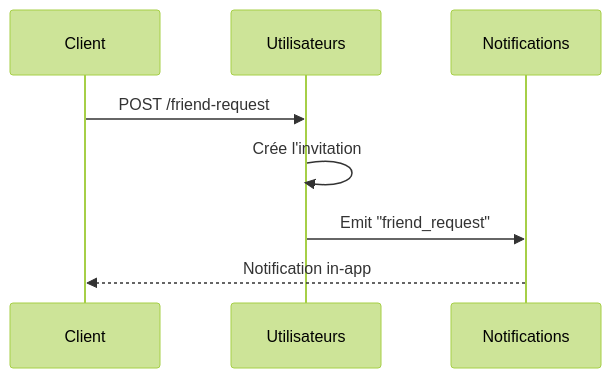
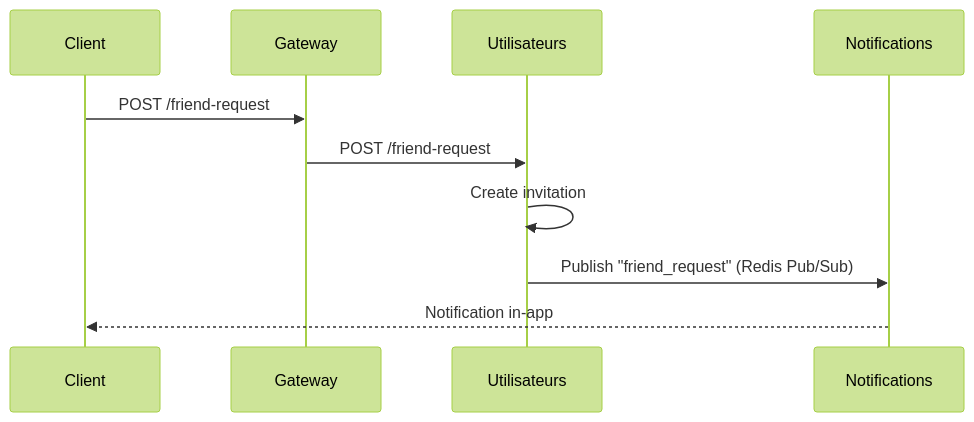
One commit to Razano26/Beep-TAD.AM changed the second of 4 diagrams in vue_logique/02-flux.adoc. Above: the diagram before and after it, drawn with Mermaid (forest theme). The commit also changed other lines of this file and 4 other files, not shown here.

Commit message:
feat: Enhance Beep application documentation by adding detailed sequence diagrams for user case scenarios, refining business rules, and clarifying service interactions for improved understanding and usability

```diff
--- a/vue_logique/02-flux.adoc
+++ b/vue_logique/02-flux.adoc
@@ -67,12 +63,14 @@
 [mermaid]
 ----
 sequenceDiagram
     participant Client
+    participant Gateway
     participant Utilisateurs
     participant Notifications
 
-    Client->>Utilisateurs: POST /friend-request
-    Utilisateurs->>Utilisateurs: Crée l'invitation
-    Utilisateurs->>Notifications: Emit "friend_request"
+    Client->>Gateway: POST /friend-request
+    Gateway->>Utilisateurs: POST /friend-request
+    Utilisateurs->>Utilisateurs: Create invitation
+    Utilisateurs->>Notifications: Publish "friend_request" (Redis Pub/Sub)
     Notifications-->>Client: Notification in-app
 ----
```
